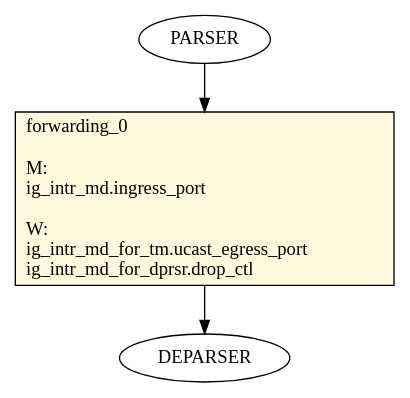
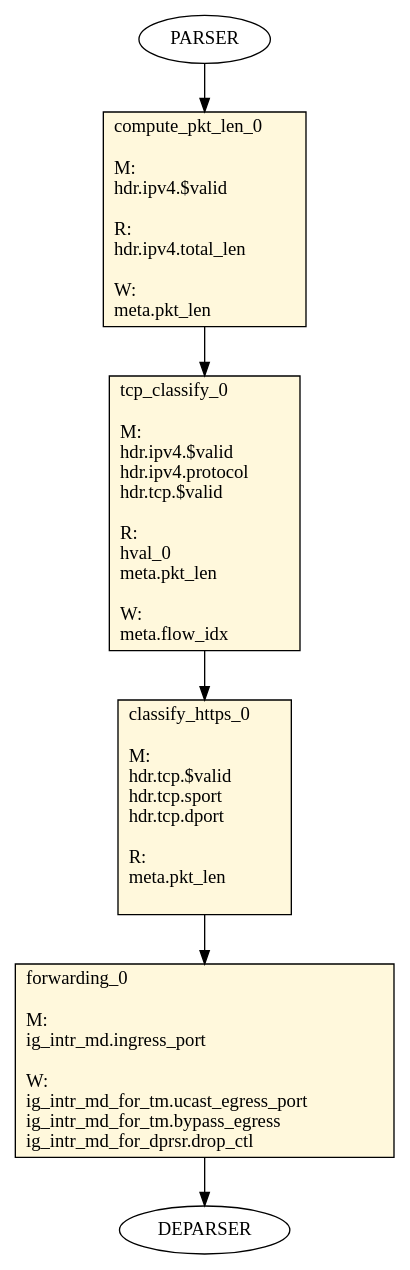
The diagram in p4src/basic.tofino/pipe/graphs/0_table_flow_graph_ingress.dot (MohamadMHazim/P4_Code), drawn with Graphviz before and after one commit. The commit also changed 8 other files, not shown here.

```diff
--- a/p4src/basic.tofino/pipe/graphs/0_table_flow_graph_ingress.dot
+++ b/p4src/basic.tofino/pipe/graphs/0_table_flow_graph_ingress.dot
@@ -1,11 +1,42 @@
 digraph ingress {
+compute_pkt_len_0 [ shape=record, style="filled", fillcolor=cornsilk, label="compute_pkt_len_0\l\l
+M:\l
+ hdr.ipv4.$valid\l
+\lR:\l
+ hdr.ipv4.total_len\l
+\lW:\l
+ meta.pkt_len\l
+ "];
+tcp_classify_0 [ shape=record, style="filled", fillcolor=cornsilk, label="tcp_classify_0\l\l
+M:\l
+ hdr.ipv4.$valid\l
+ hdr.ipv4.protocol\l
+ hdr.tcp.$valid\l
+\lR:\l
+ hval_0\l
+ meta.pkt_len\l
+\lW:\l
+ meta.flow_idx\l
+ "];
+classify_https_0 [ shape=record, style="filled", fillcolor=cornsilk, label="classify_https_0\l\l
+M:\l
+ hdr.tcp.$valid\l
+ hdr.tcp.sport\l
+ hdr.tcp.dport\l
+\lR:\l
+ meta.pkt_len\l
+\l "];
 forwarding_0 [ shape=record, style="filled", fillcolor=cornsilk, label="forwarding_0\l\l
 M:\l
  ig_intr_md.ingress_port\l
 \lW:\l
  ig_intr_md_for_tm.ucast_egress_port\l
+ ig_intr_md_for_tm.bypass_egress\l
  ig_intr_md_for_dprsr.drop_ctl\l
  "];
-    PARSER -> forwarding_0
+    PARSER -> compute_pkt_len_0
+    compute_pkt_len_0 -> tcp_classify_0
+    tcp_classify_0 -> classify_https_0
+    classify_https_0 -> forwarding_0
     forwarding_0 -> DEPARSER
 }
```
